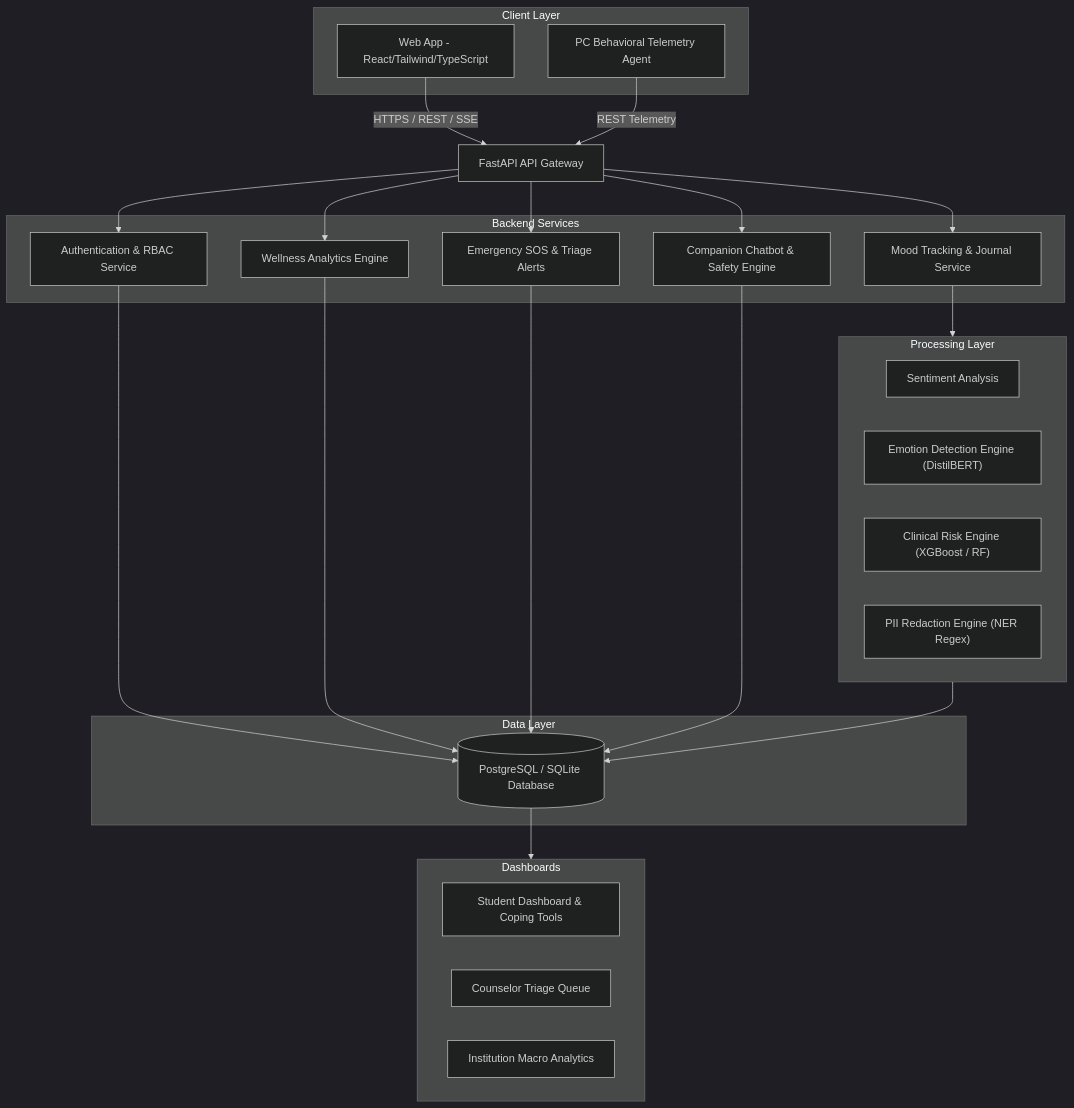
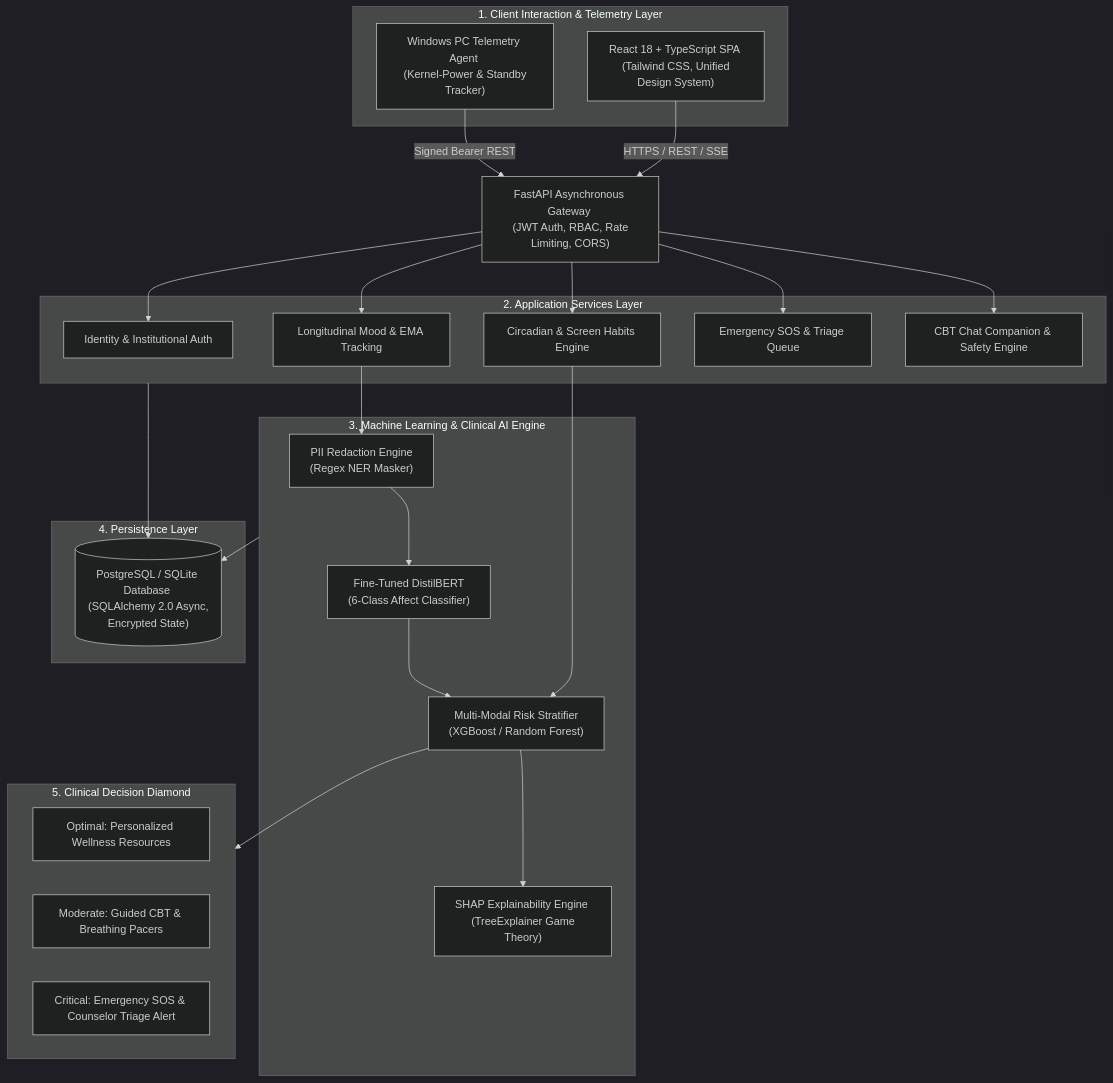
The second of 3 diagrams in README.md (PASUPULASAITEJA/MindGuardAI), drawn with Mermaid (dark theme) before and after one commit. The commit also changed other lines of this file, not shown here.

````diff
--- a/README.md
+++ b/README.md
@@ -98,60 +96,59 @@
 ```mermaid
 graph TD
     %% Client Layer
-    subgraph ClientLayer ["Client Layer"]
-        Web["Web App - React/Tailwind/TypeScript"]
-        Agent["PC Behavioral Telemetry Agent"]
+    subgraph ClientLayer ["1. Client Interaction & Telemetry Layer"]
+        SPA["React 18 + TypeScript SPA <br> (Tailwind CSS, Unified Design System)"]
+        Agent["Windows PC Telemetry Agent <br> (Kernel-Power & Standby Tracker)"]
     end
 
-    %% Gateway Layer
-    Gateway["FastAPI API Gateway"]
+    %% Gateway
+    Gateway["FastAPI Asynchronous Gateway <br> (JWT Auth, RBAC, Rate Limiting, CORS)"]
 
-    %% Internal Micro-services
-    subgraph BackendServices ["Backend Services"]
-        Auth["Authentication & RBAC Service"]
-        Mood["Mood Tracking & Journal Service"]
-        Wellness["Wellness Analytics Engine"]
-        Alerts["Emergency SOS & Triage Alerts"]
-        Chat["Companion Chatbot & Safety Engine"]
+    %% Core Services
+    subgraph BackendServices ["2. Application Services Layer"]
+        AuthSvc["Identity & Institutional Auth"]
+        MoodSvc["Longitudinal Mood & EMA Tracking"]
+        BehSvc["Circadian & Screen Habits Engine"]
+        AlertSvc["Emergency SOS & Triage Queue"]
+        ChatSvc["CBT Chat Companion & Safety Engine"]
     end
 
-    %% AI / ML Processing
-    subgraph ProcessingLayer ["Processing Layer"]
-        Sentiment["Sentiment Analysis"]
-        Emotion["Emotion Detection Engine (DistilBERT)"]
-        Risk["Clinical Risk Engine (XGBoost / RF)"]
-        PII["PII Redaction Engine (NER Regex)"]
+    %% ML Pipeline
+    subgraph MLPipeline ["3. Machine Learning & Clinical AI Engine"]
+        PII["PII Redaction Engine <br> (Regex NER Masker)"]
+        DistilBERT["Fine-Tuned DistilBERT <br> (6-Class Affect Classifier)"]
+        RiskEngine["Multi-Modal Risk Stratifier <br> (XGBoost / Random Forest)"]
+        SHAP["SHAP Explainability Engine <br> (TreeExplainer Game Theory)"]
     end
 
-    %% Database
-    subgraph DataLayer ["Data Layer"]
-        DB[("PostgreSQL / SQLite Database")]
+    %% Persistence
+    subgraph StorageLayer ["4. Persistence Layer"]
+        DB[("PostgreSQL / SQLite Database <br> (SQLAlchemy 2.0 Async, Encrypted State)")]
     end
 
-    %% Dashboard Outputs
-    subgraph Dashboards ["Dashboards"]
-        StudentDash["Student Dashboard & Coping Tools"]
-        CounselorDash["Counselor Triage Queue"]
-        AdminDash["Institution Macro Analytics"]
+    %% Triage Outputs
+    subgraph ActionTier ["5. Clinical Decision Diamond"]
+        LowRisk["Optimal: Personalized Wellness Resources"]
+        MedRisk["Moderate: Guided CBT & Breathing Pacers"]
+        HighRisk["Critical: Emergency SOS & Counselor Triage Alert"]
     end
 
-    %% Flow Connections
-    Web -->|HTTPS / REST / SSE| Gateway
-    Agent -->|REST Telemetry| Gateway
+    %% Connections
+    SPA -->|HTTPS / REST / SSE| Gateway
+    Agent -->|Signed Bearer REST| Gateway
 
-    Gateway --> Auth
-    Gateway --> Mood
-    Gateway --> Wellness
-    Gateway --> Alerts
-    Gateway --> Chat
+    Gateway --> AuthSvc
+    Gateway --> MoodSvc
+    Gateway --> BehSvc
+    Gateway --> AlertSvc
+    Gateway --> ChatSvc
 
-    Mood --> ProcessingLayer
-    ProcessingLayer --> DB
-    
-    Auth --> DB
-    Wellness --> DB
-    Alerts --> DB
-    Chat --> DB
+    MoodSvc --> PII --> DistilBERT
+    BehSvc --> RiskEngine
+    DistilBERT --> RiskEngine
+    RiskEngine --> SHAP
+    RiskEngine --> ActionTier
 
-    DB --> Dashboards
+    BackendServices --> DB
+    MLPipeline --> DB
 ```
````
